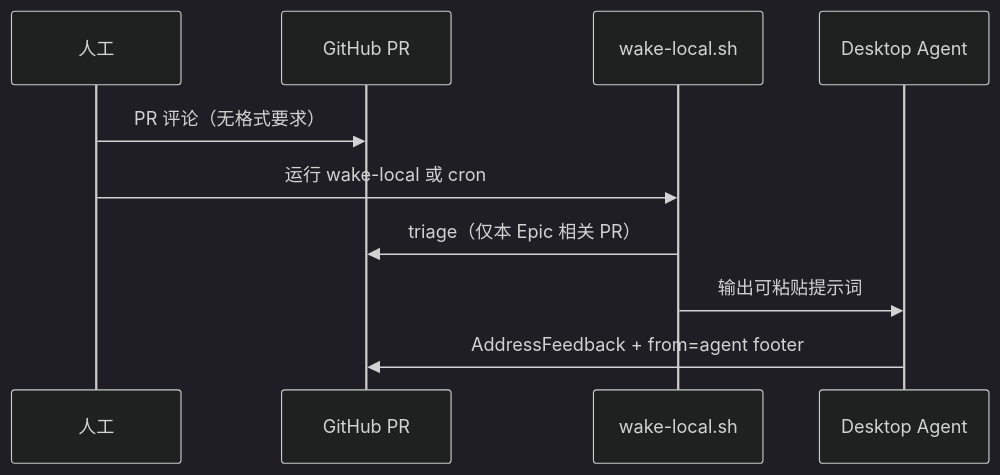
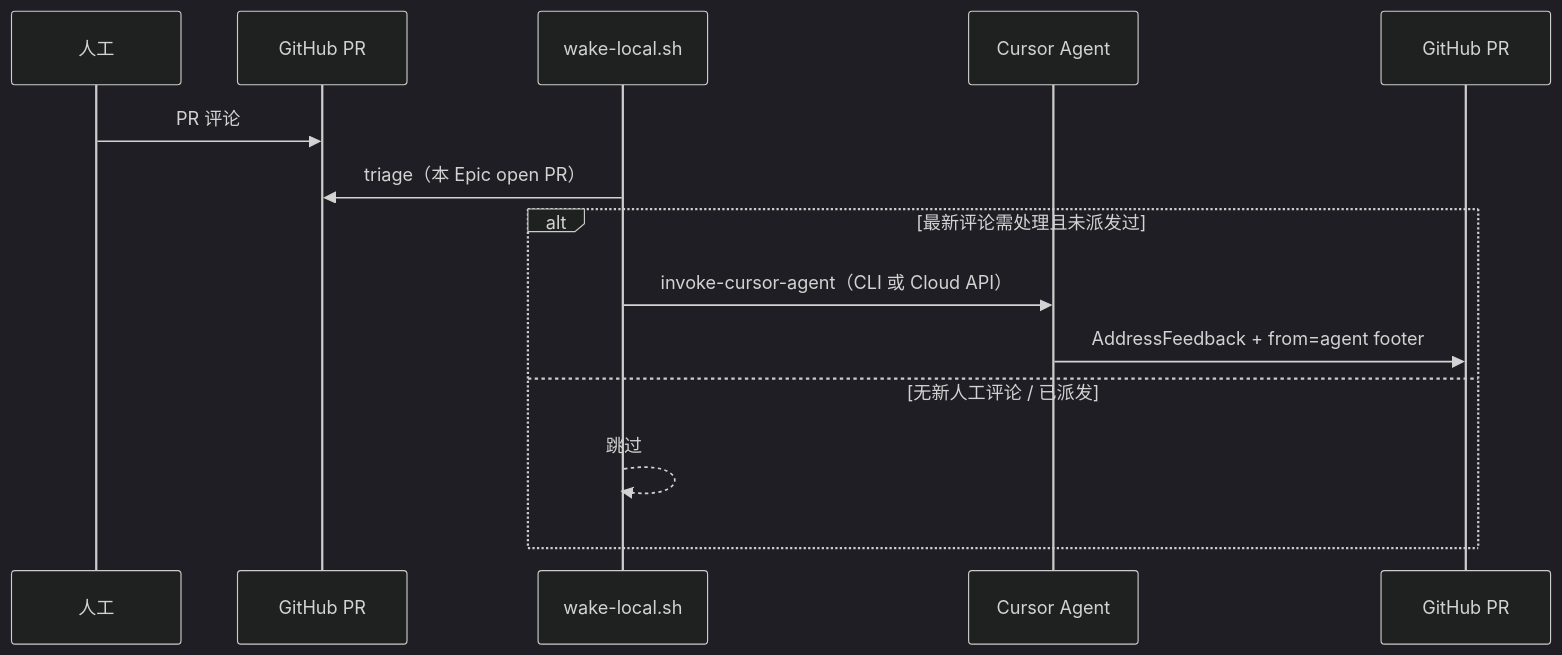
Before and after one commit to alibaba/loongcollector: the diagram in .skill/skills/epic-delivery/references/cursor-automation-setup.md, drawn with Mermaid (dark theme). The commit also changed other lines of this file and 6 other files, not shown here.

First line of the commit message:
feat(epic): auto-invoke Cursor Agent on human PR comments

````diff
--- a/.skill/skills/epic-delivery/references/cursor-automation-setup.md
+++ b/.skill/skills/epic-delivery/references/cursor-automation-setup.md
@@ -8,13 +8,17 @@
 ```mermaid
 sequenceDiagram
   participant Human as 人工
   participant GH as GitHub PR
   participant Wake as wake-local.sh
-  participant Agent as Desktop Agent
+  participant Cursor as Cursor Agent
+  participant GH2 as GitHub PR
 
-  Human->>GH: PR 评论（无格式要求）
-  Human->>Wake: 运行 wake-local 或 cron
-  Wake->>GH: triage（仅本 Epic 相关 PR）
-  Wake->>Agent: 输出可粘贴提示词
-  Agent->>GH: AddressFeedback + from=agent footer
+  Human->>GH: PR 评论
+  Wake->>GH: triage（本 Epic open PR）
+  alt 最新评论需处理且未派发过
+    Wake->>Cursor: invoke-cursor-agent（CLI 或 Cloud API）
+    Cursor->>GH2: AddressFeedback + from=agent footer
+  else 无新人工评论 / 已派发
+    Wake-->>Wake: 跳过
+  end
 ```
````
